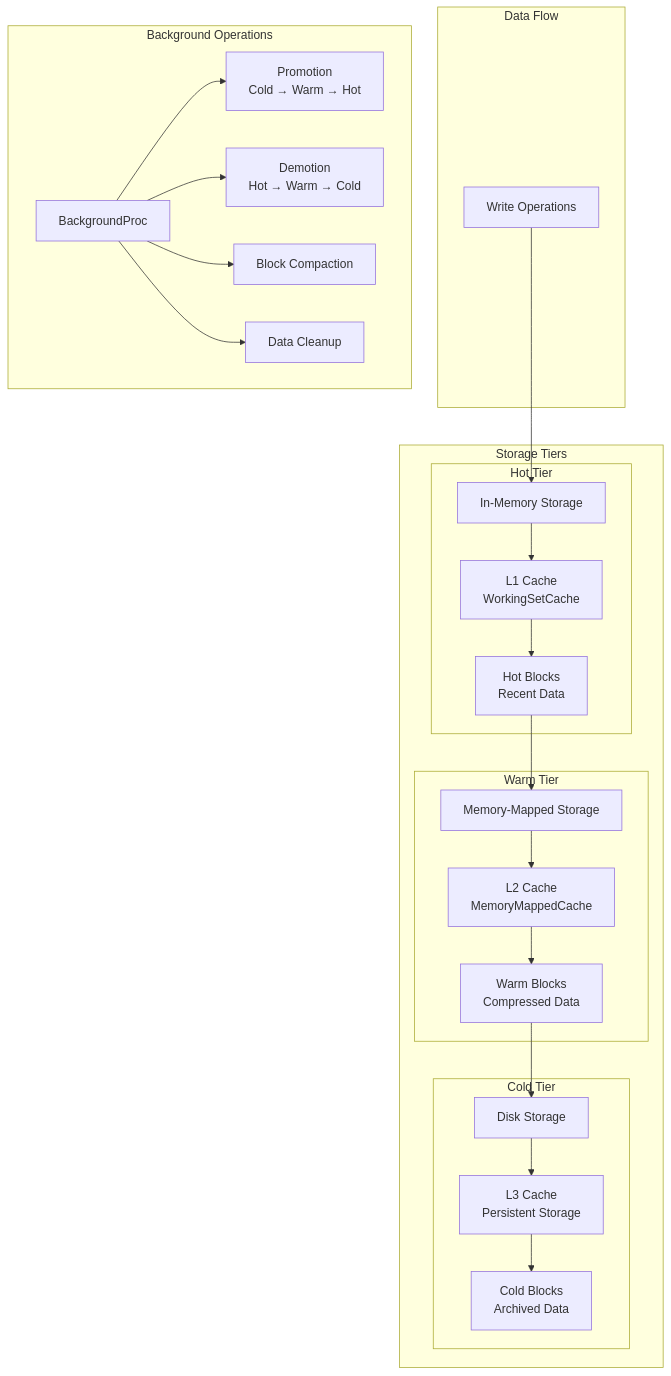
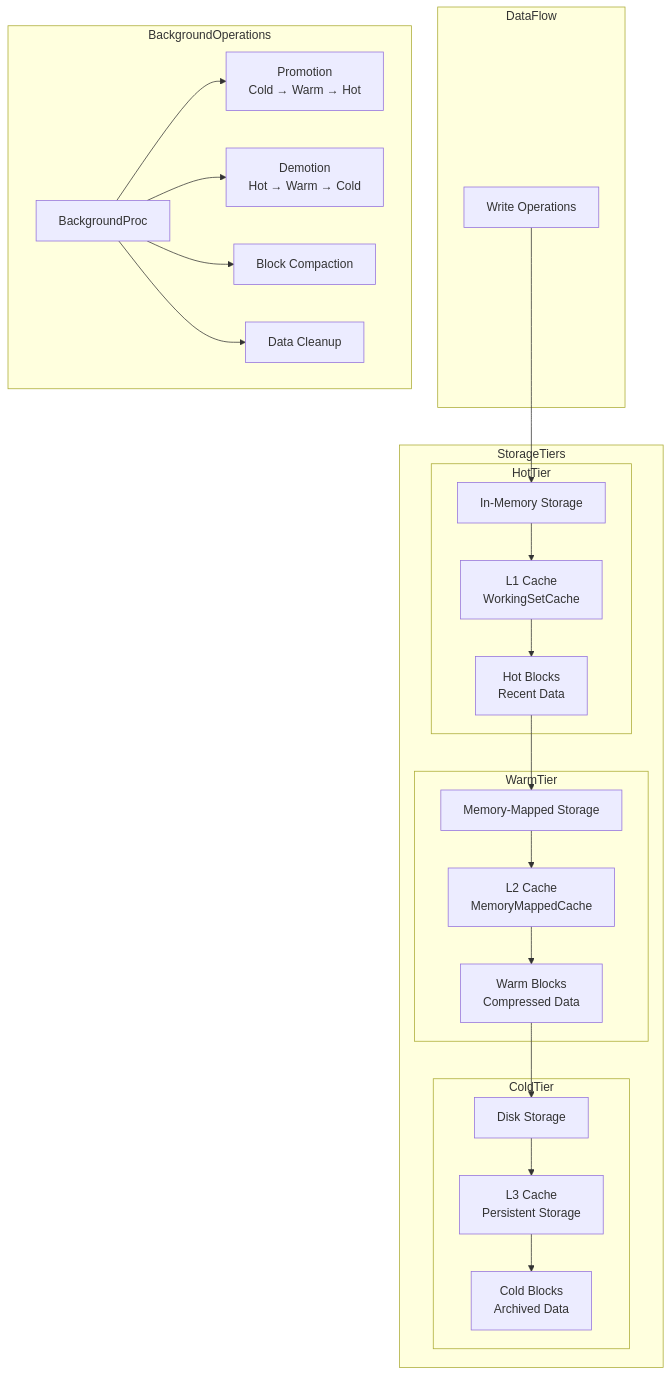
One commit to vobbilis/mytsdb changed the fifth of 12 diagrams in diagrams.md. Above: the diagram before and after it, drawn with Mermaid. The commit also changed other lines of this file, not shown here.

Commit message:
Fix Mermaid syntax errors in diagrams.md - remove parentheses and spaces from subgraph names

````diff
--- a/diagrams.md
+++ b/diagrams.md
@@ -209,43 +209,43 @@
 ```mermaid
 graph TB
-    subgraph Storage Tiers
-        subgraph Hot Tier
+    subgraph StorageTiers
+        subgraph HotTier
             HotMemory[In-Memory Storage]
             HotCache[L1 Cache<br/>WorkingSetCache]
             HotBlocks[Hot Blocks<br/>Recent Data]
         end
         
-        subgraph Warm Tier
+        subgraph WarmTier
             WarmMemory[Memory-Mapped Storage]
             WarmCache[L2 Cache<br/>MemoryMappedCache]
             WarmBlocks[Warm Blocks<br/>Compressed Data]
         end
         
-        subgraph Cold Tier
+        subgraph ColdTier
             ColdDisk[Disk Storage]
             ColdCache[L3 Cache<br/>Persistent Storage]
             ColdBlocks[Cold Blocks<br/>Archived Data]
         end
     end
     
-    subgraph Data Flow
+    subgraph DataFlow
         Write[Write Operations] --> HotMemory
         HotMemory --> HotCache
         HotCache --> HotBlocks
         
         HotBlocks --> WarmMemory
         WarmMemory --> WarmCache
         WarmCache --> WarmBlocks
         
         WarmBlocks --> ColdDisk
         ColdDisk --> ColdCache
         ColdCache --> ColdBlocks
     end
     
-    subgraph Background Operations
+    subgraph BackgroundOperations
         BackgroundProc --> TierPromotion[Promotion<br/>Cold → Warm → Hot]
         BackgroundProc --> TierDemotion[Demotion<br/>Hot → Warm → Cold]
         BackgroundProc --> Compaction[Block Compaction]
         BackgroundProc --> Cleanup[Data Cleanup]
     end
 ```
````
